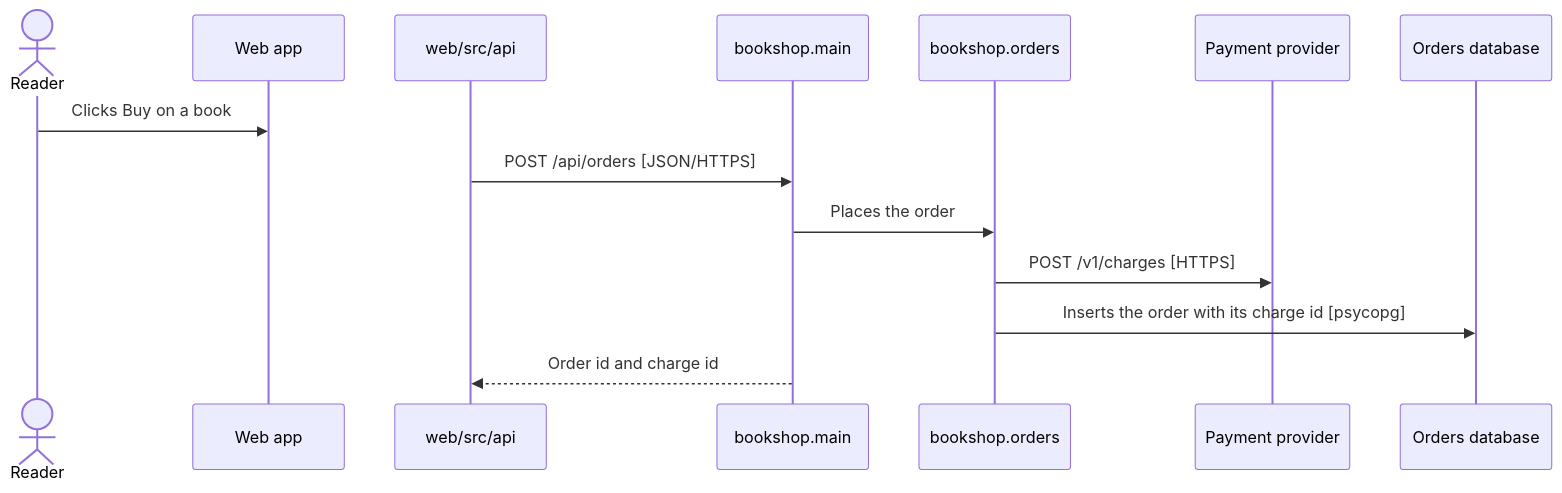
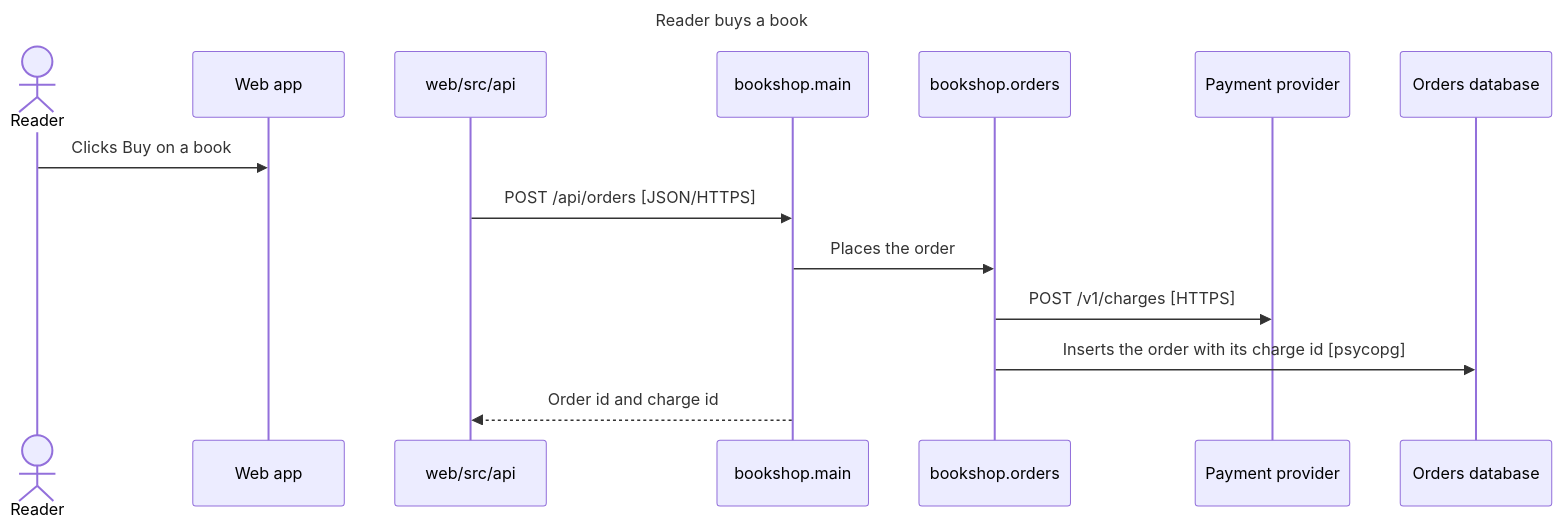
The sixth of 8 diagrams in examples/bookshop/ArchitectureReport.md (ythalorossy/architecture-skills), drawn with Mermaid before and after one commit. The commit also changed other lines of this file and 56 other files, not shown here.

First line of the commit message:
feat(c4): title every diagram and add one Key to the report

````diff
--- a/examples/bookshop/ArchitectureReport.md
+++ b/examples/bookshop/ArchitectureReport.md
@@ -239,16 +267,19 @@
 ```mermaid
+---
+title: "Reader buys a book"
+---
 sequenceDiagram
     actor reader as Reader
     participant bookshop_web as Web app
     participant web_src_api as web/src/api
     participant bookshop_main as bookshop.main
     participant bookshop_orders as bookshop.orders
     participant ext_payments_example as Payment provider
     participant db_postgresql as Orders database
     reader->>bookshop_web: Clicks Buy on a book
     web_src_api->>bookshop_main: POST /api/orders [JSON/HTTPS]
     bookshop_main->>bookshop_orders: Places the order
     bookshop_orders->>ext_payments_example: POST /v1/charges [HTTPS]
     bookshop_orders->>db_postgresql: Inserts the order with its charge id [psycopg]
     bookshop_main-->>web_src_api: Order id and charge id
 ```
````
